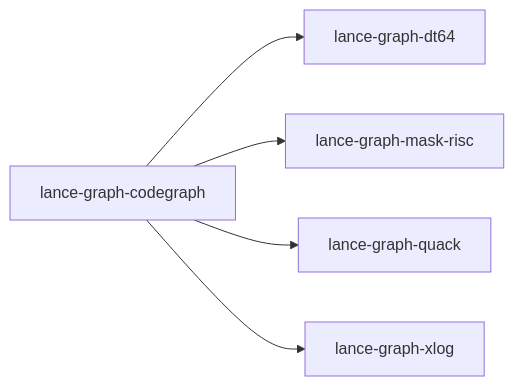
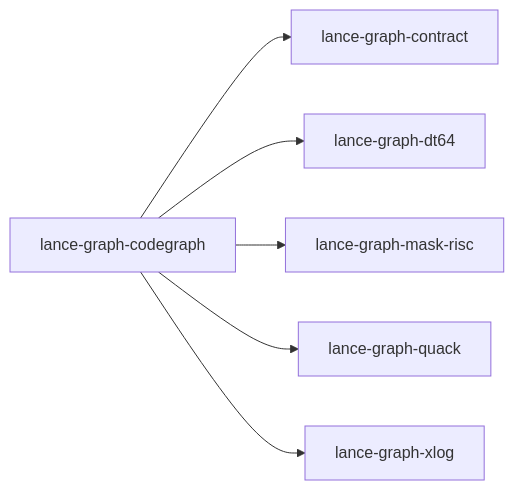
One commit to AdaWorldAPI/lance-graph changed the diagram in .codegraph/crates/lance-graph-codegraph.index.md. Above: the diagram before and after it, drawn with Mermaid. The commit also changed other lines of this file and 12 other files, not shown here.

````diff
--- a/.codegraph/crates/lance-graph-codegraph.index.md
+++ b/.codegraph/crates/lance-graph-codegraph.index.md
@@ -280,12 +291,14 @@
 ```mermaid
 flowchart LR
   n36["lance-graph-codegraph"]
+  n39["lance-graph-contract"]
   n42["lance-graph-dt64"]
   n47["lance-graph-mask-risc"]
   n57["lance-graph-quack"]
   n66["lance-graph-xlog"]
+  n36 --> n39
   n36 --> n42
   n36 --> n47
   n36 --> n57
   n36 --> n66
 ```
````
